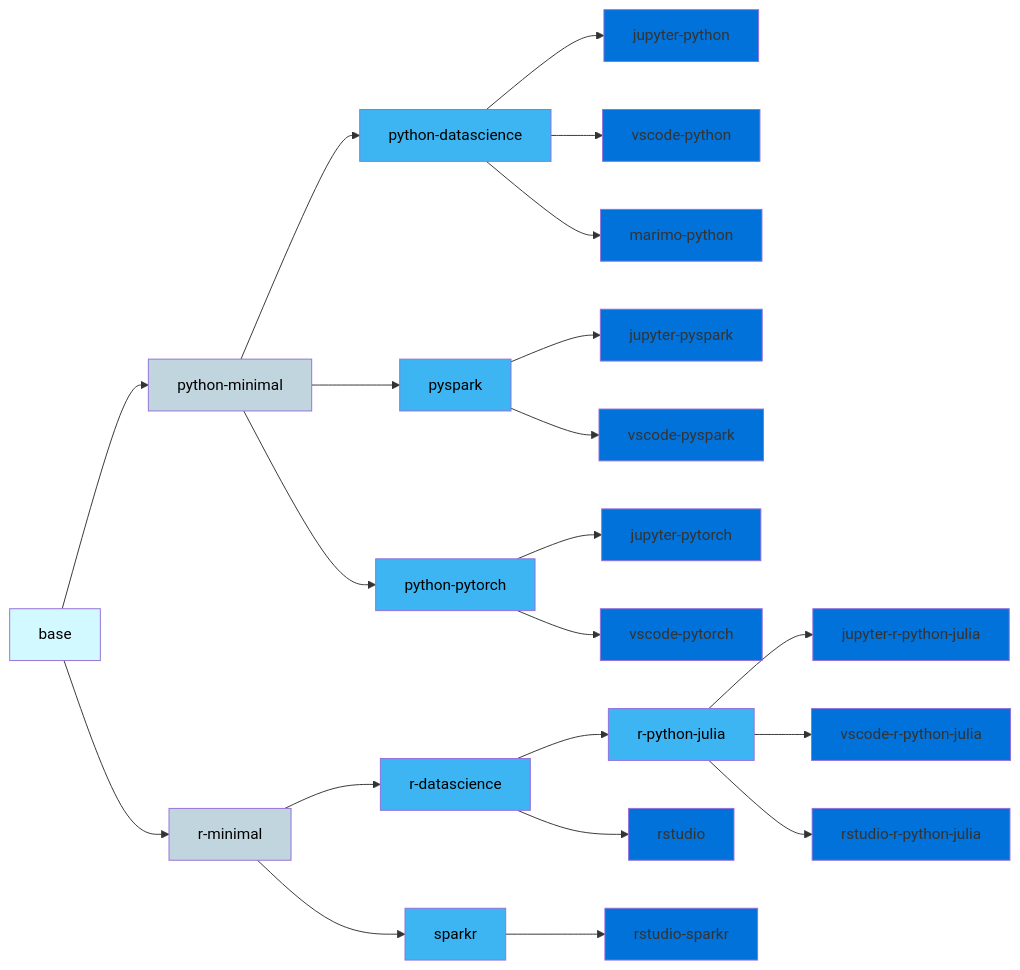
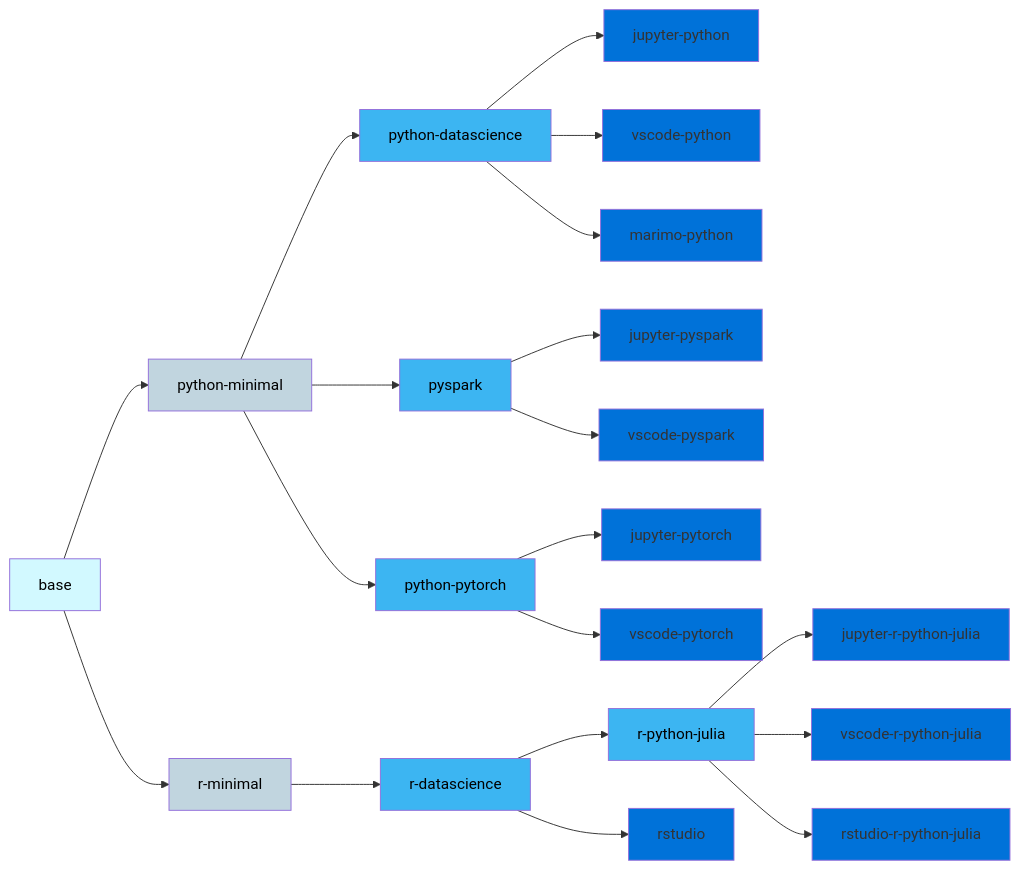
Before and after one commit to InseeFrLab/images-datascience: the diagram in README.md, drawn with Mermaid. The commit also changed 13 other files, not shown here.

````diff
--- a/README.md
+++ b/README.md
@@ -15,27 +15,25 @@
 ```mermaid
   graph LR;
       B[base]:::base-->PM[python-minimal]:::minimal;
       B-->RM[r-minimal]:::minimal;
       PM-->PYDS[python-datascience]:::package;
       PM-->PYSPARK[pyspark]:::package;
       PM-->PYTORCH[python-pytorch]:::package;
       RM-->RDS[r-datascience]:::package;
-      RM-->RSPARK[sparkr]:::package;
       RDS-->RPYJU[r-python-julia]:::package;
       PYSPARK--> JPYSPARK[jupyter-pyspark]:::ide;
       PYDS--> JPYDS[jupyter-python]:::ide;
       PYTORCH--> JPYTORCH[jupyter-pytorch]:::ide;
       PYSPARK--> VSCODEPYSPARK[vscode-pyspark]:::ide;
       PYDS--> VSCODEPYDS[vscode-python]:::ide;
       PYTORCH--> VSCODEPYTORCH[vscode-pytorch]:::ide;
       PYDS--> MARIMOPYDS[marimo-python]:::ide;
-      RSPARK -->RSTUDIOSPARKR[rstudio-sparkr]:::ide;
       RDS--> RSTUDIORDS[rstudio]:::ide;
       RPYJU--> JRPYJU[jupyter-r-python-julia]:::ide;
       RPYJU--> VSCODERPYJU[vscode-r-python-julia]:::ide;
       RPYJU--> RSTUDIORPYJU[rstudio-r-python-julia]:::ide;
       classDef base fill:#d2f9ff,color:#000  ;
       classDef minimal fill:#C1D5DF,color:#000;
       classDef package fill:#3cb5f2 ,color:#000  ;
       classDef ide fill:#0072d9  ;
 ```
````
